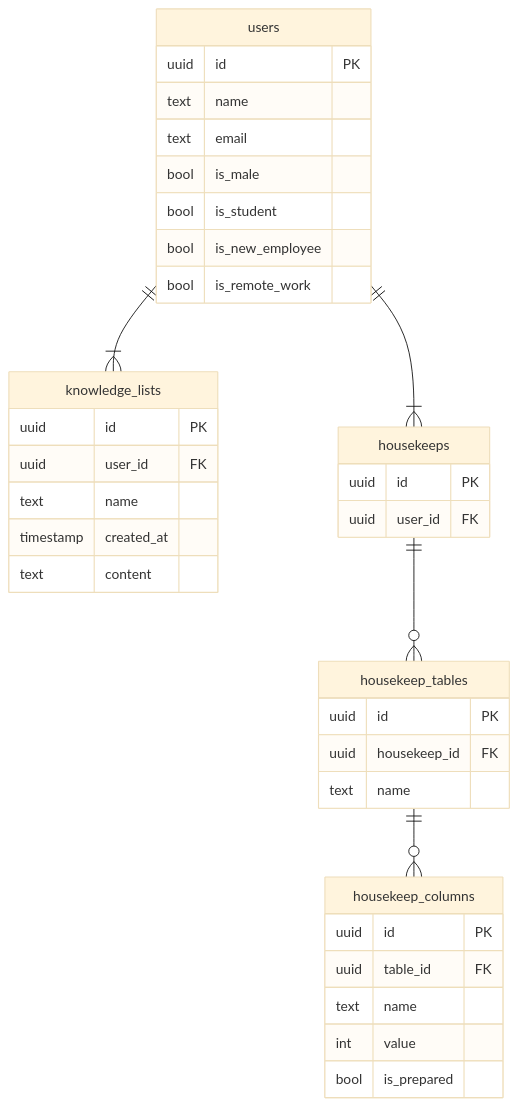
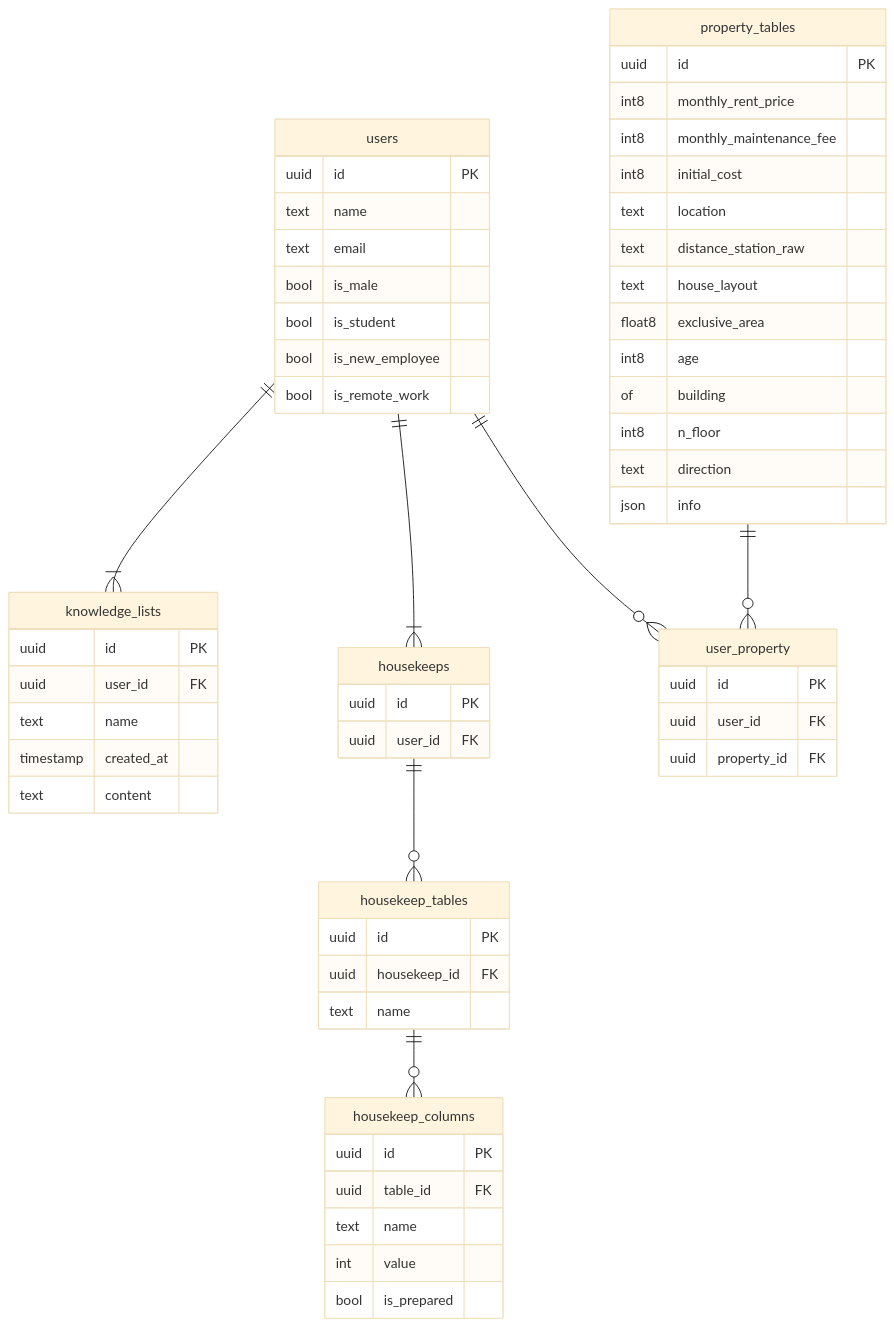
One commit to project-hikkoshiori/hikkoshiori changed the diagram in docs/ER.md. Above: the diagram before and after it, drawn with Mermaid (base theme).

Commit message:
update ER map for properties

````diff
--- a/docs/ER.md
+++ b/docs/ER.md
@@ -1,46 +1,70 @@
 ```mermaid
 erDiagram
 
     users ||--|{ knowledge_lists: ""
     users ||--|{ housekeeps: ""
+    users ||--o{ user_property: ""
     housekeeps ||--o{ housekeep_tables: ""
     housekeep_tables ||--o{ housekeep_columns: ""
+    property_tables ||--o{ user_property: ""
 
     users {
         uuid id PK
         text name
         text email
         bool is_male
         bool is_student
         bool is_new_employee
         bool is_remote_work
     }
 
     knowledge_lists {
         uuid id PK
         uuid user_id FK
         text name
         timestamp created_at
         text content
     }
 
     housekeeps {
         uuid id PK
         uuid user_id FK
     }
 
     housekeep_tables {
         uuid id PK
         uuid housekeep_id FK
         text name
     }
 
     housekeep_columns {
         uuid id PK
         uuid table_id FK
         text name
         int value
         bool is_prepared
     }
 
+
+    user_property{
+        uuid id PK
+        uuid user_id FK
+        uuid property_id FK
+    }
+
+    property_tables{
+        uuid id PK
+        int8 monthly_rent_price
+        int8 monthly_maintenance_fee
+        int8 initial_cost
+        text location
+        text distance_station_raw
+        text house_layout
+        float8 exclusive_area
+        int8 age of building
+        int8 n_floor
+        text direction
+        json info
+    }
+
 ```
````
